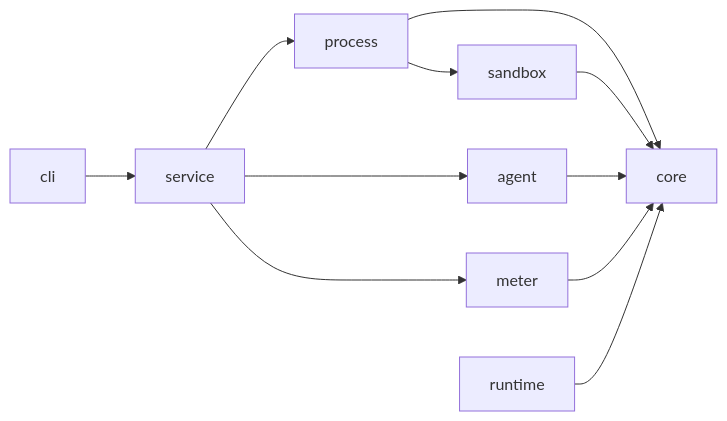
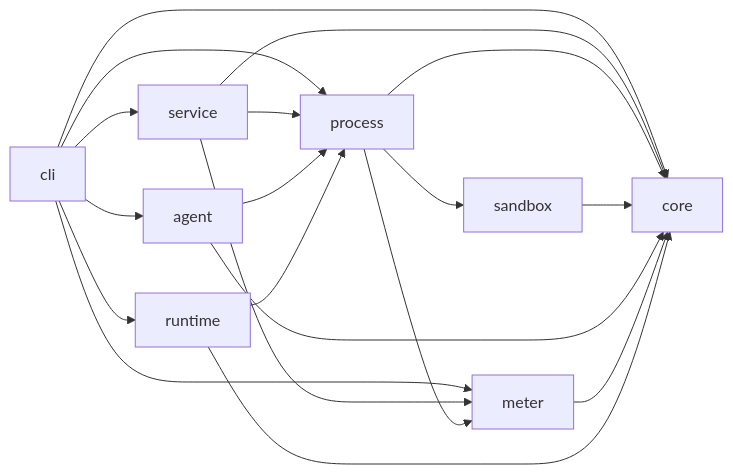
One commit to johnloveworld2022-ops/mecha.im changed the first of 4 diagrams in website/docs/reference/architecture.md. Above: the diagram before and after it, drawn with Mermaid. The commit also changed other lines of this file and 14 other files, not shown here.

````diff
--- a/website/docs/reference/architecture.md
+++ b/website/docs/reference/architecture.md
@@ -23,13 +23,21 @@
 ```mermaid
 graph LR
   cli --> service
+  cli --> core
+  cli --> agent
+  cli --> process
+  cli --> runtime
+  cli --> meter
   service --> process
-  service --> agent
   service --> meter
+  service --> core
   process --> core
   process --> sandbox
+  process --> meter
   sandbox --> core
   agent --> core
+  agent --> process
   meter --> core
   runtime --> core
+  runtime --> process
 ```
````
